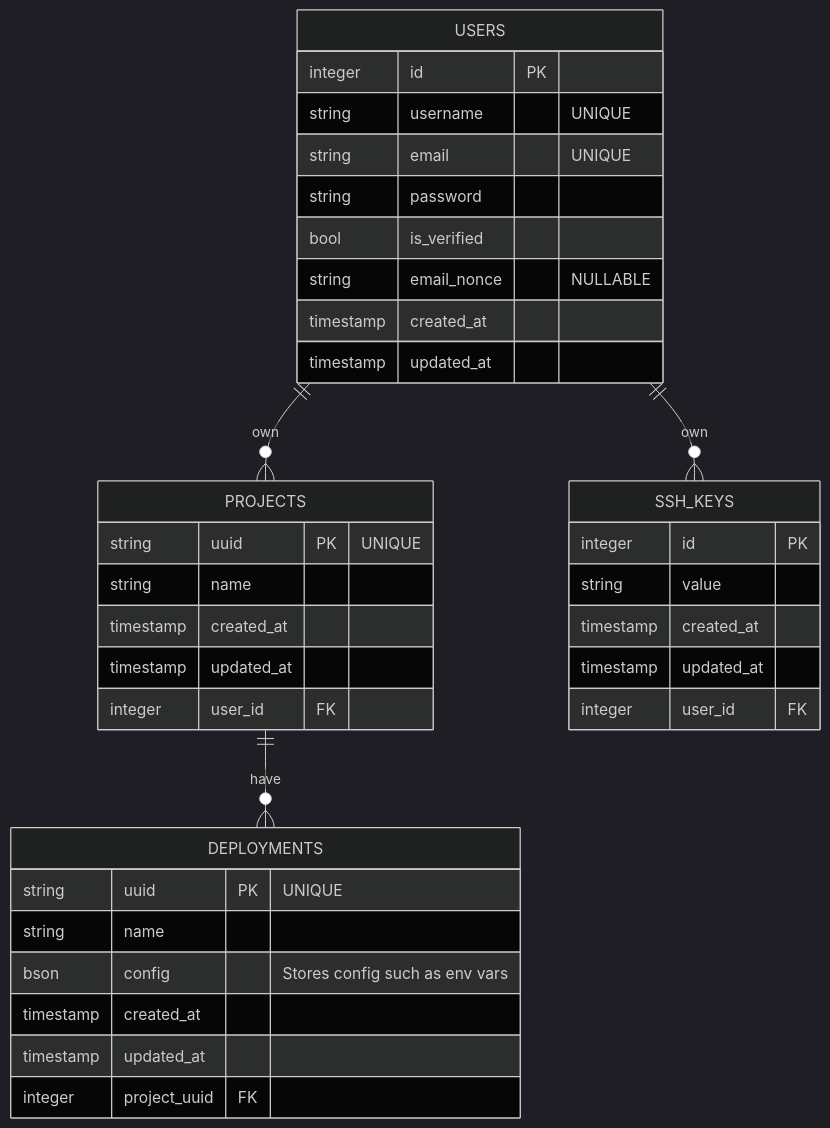
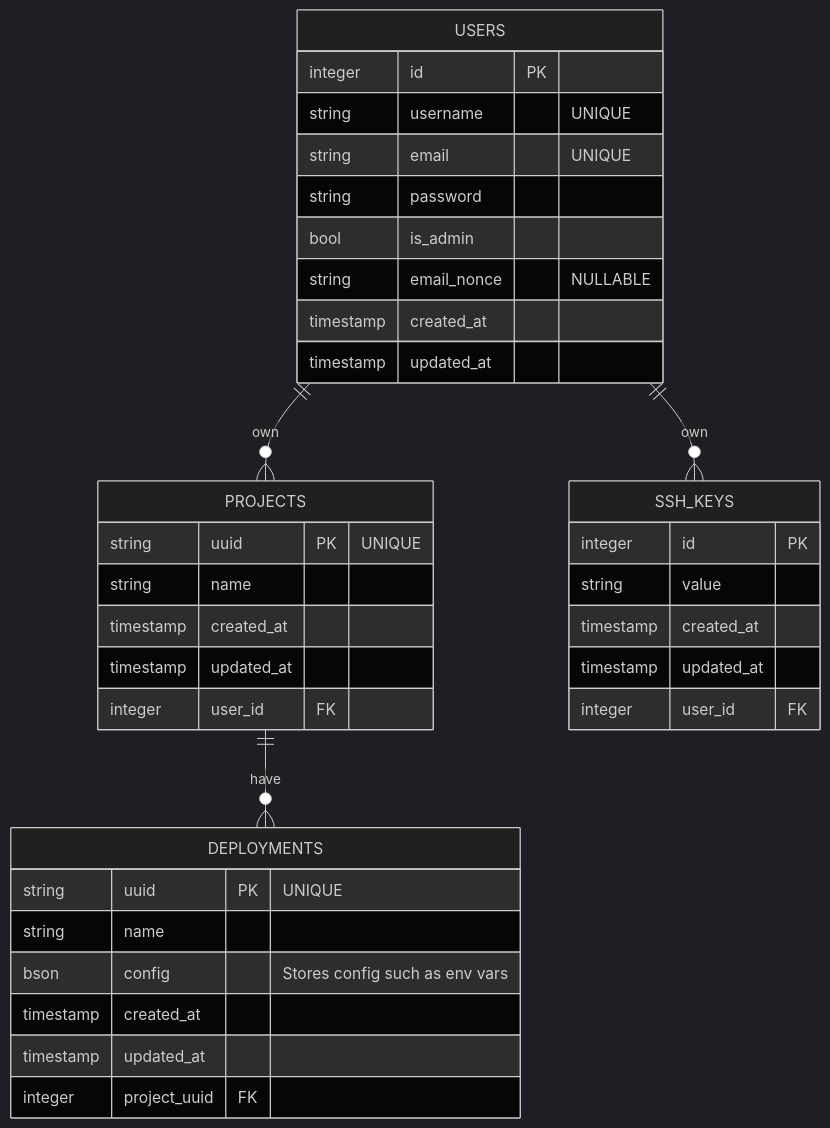
Before and after one commit to paastech-cloud/docs: the diagram in README.md, drawn with Mermaid (dark theme).

Commit message:
docs: change derived attribute is_verified into useful is_admin

````diff
--- a/README.md
+++ b/README.md
@@ -5,38 +5,38 @@
 ```mermaid
 erDiagram
     USERS ||--o{ PROJECTS : own
     USERS ||--o{ SSH_KEYS : own
     PROJECTS ||--o{ DEPLOYMENTS : have
     USERS {
         integer id PK
         string username "UNIQUE"
         string email "UNIQUE"
         string password
-        bool is_verified
+        bool is_admin
         string email_nonce "NULLABLE"
         timestamp created_at
         timestamp updated_at
     }
     SSH_KEYS {
         integer id PK
         string value
         timestamp created_at
         timestamp updated_at
         integer user_id FK
     }
     PROJECTS {
         string uuid PK "UNIQUE"
         string name
         timestamp created_at
         timestamp updated_at
         integer user_id FK
     }
     DEPLOYMENTS {
         string uuid PK "UNIQUE"
         string name
         bson config "Stores config such as env vars"
         timestamp created_at
         timestamp updated_at
         integer project_uuid FK
     }
 ```
````
